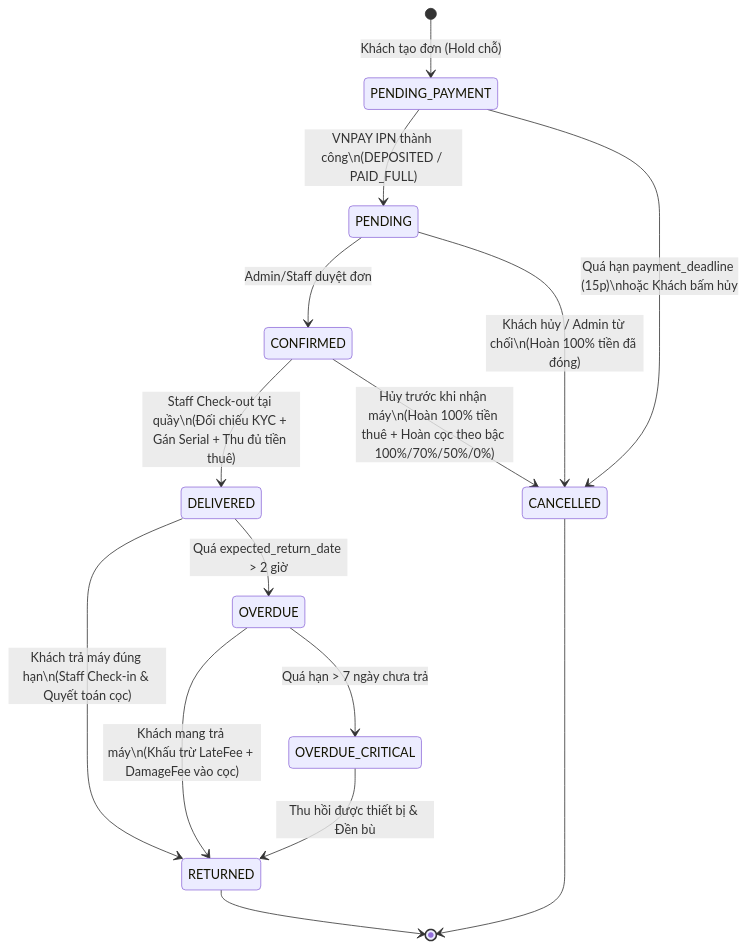
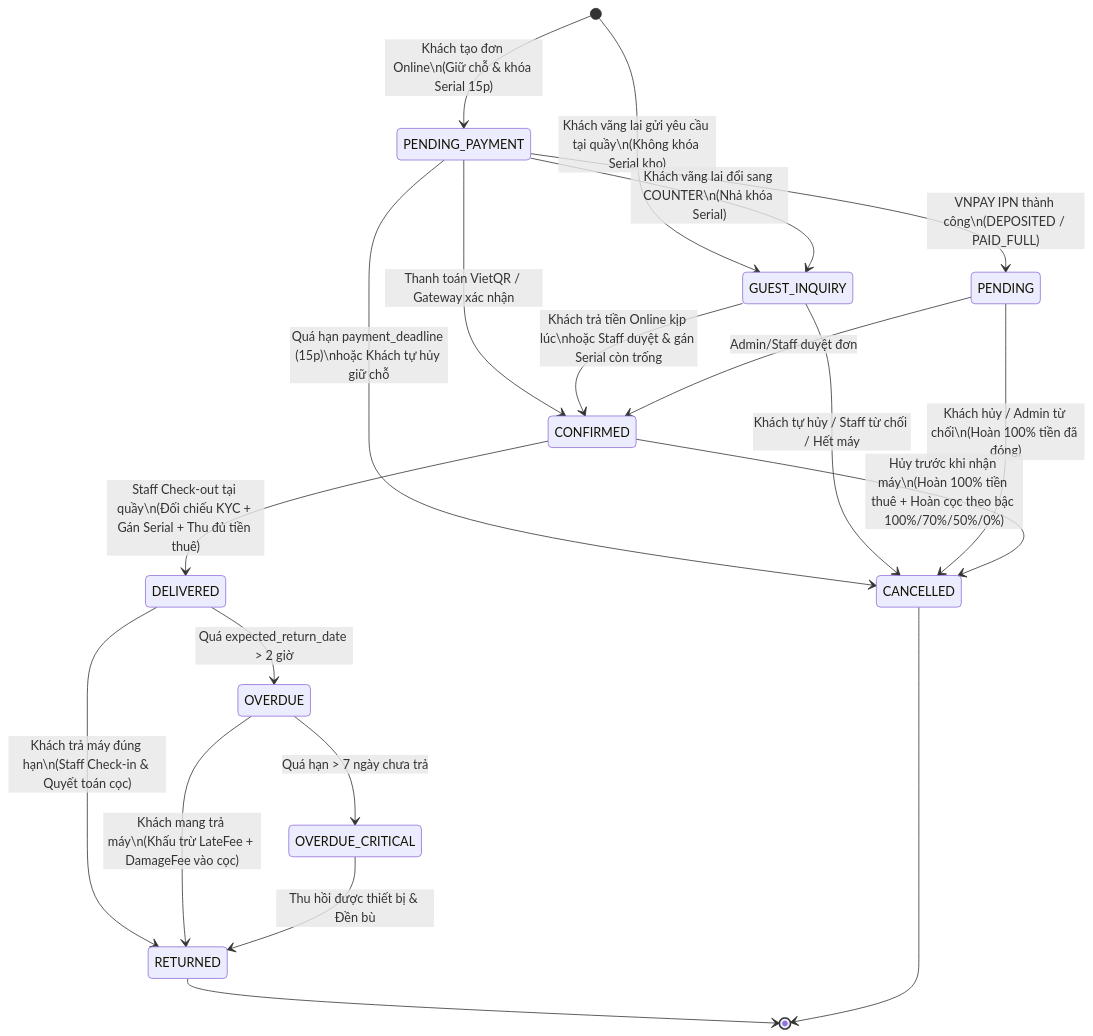
One commit to Duynguyen1108i3/refuji changed the fifth of 7 diagrams in docs/SYSTEM_SPECIFICATION_v1.1.md. Above: the diagram before and after it, drawn with Mermaid. The commit also changed other lines of this file and 163 other files, not shown here.

First line of the commit message:
feat: hoàn thiện đặt nhanh khách vãng lai 3 bước, dashboard POS, kho ảnh phụ kiện & chuẩn hóa tên ReFuji

````diff
--- a/docs/SYSTEM_SPECIFICATION_v1.1.md
+++ b/docs/SYSTEM_SPECIFICATION_v1.1.md
@@ -761,24 +780,30 @@
 ```mermaid
 stateDiagram-v2
-    [*] --> PENDING_PAYMENT : Khách tạo đơn (Hold chỗ)
+    [*] --> PENDING_PAYMENT : Khách tạo đơn Online\n(Giữ chỗ & khóa Serial 15p)
+    [*] --> GUEST_INQUIRY : Khách vãng lai gửi yêu cầu tại quầy\n(Không khóa Serial kho)
 
+    PENDING_PAYMENT --> GUEST_INQUIRY : Khách vãng lai đổi sang COUNTER\n(Nhả khóa Serial)
     PENDING_PAYMENT --> PENDING : VNPAY IPN thành công\n(DEPOSITED / PAID_FULL)
-    PENDING_PAYMENT --> CANCELLED : Quá hạn payment_deadline (15p)\nhoặc Khách bấm hủy
+    PENDING_PAYMENT --> CONFIRMED : Thanh toán VietQR / Gateway xác nhận
+    PENDING_PAYMENT --> CANCELLED : Quá hạn payment_deadline (15p)\nhoặc Khách tự hủy giữ chỗ
+
+    GUEST_INQUIRY --> CONFIRMED : Khách trả tiền Online kịp lúc\nhoặc Staff duyệt & gán Serial còn trống
+    GUEST_INQUIRY --> CANCELLED : Khách tự hủy / Staff từ chối / Hết máy
 
     PENDING --> CONFIRMED : Admin/Staff duyệt đơn
     PENDING --> CANCELLED : Khách hủy / Admin từ chối\n(Hoàn 100% tiền đã đóng)
 
     CONFIRMED --> DELIVERED : Staff Check-out tại quầy\n(Đối chiếu KYC + Gán Serial + Thu đủ tiền thuê)
     CONFIRMED --> CANCELLED : Hủy trước khi nhận máy\n(Hoàn 100% tiền thuê + Hoàn cọc theo bậc 100%/70%/50%/0%)
 
     DELIVERED --> RETURNED : Khách trả máy đúng hạn\n(Staff Check-in & Quyết toán cọc)
     DELIVERED --> OVERDUE : Quá expected_return_date > 2 giờ
 
     OVERDUE --> RETURNED : Khách mang trả máy\n(Khấu trừ LateFee + DamageFee vào cọc)
     OVERDUE --> OVERDUE_CRITICAL : Quá hạn > 7 ngày chưa trả
 
     OVERDUE_CRITICAL --> RETURNED : Thu hồi được thiết bị & Đền bù
 
     RETURNED --> [*]
     CANCELLED --> [*]
 ```
````
